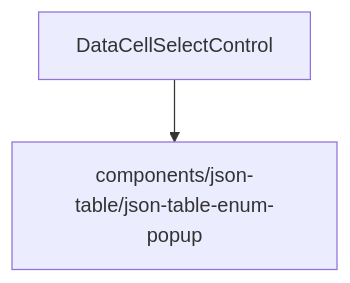
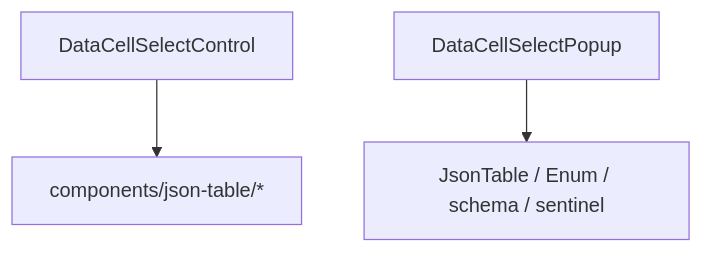
The second of 2 diagrams in design/data-cell-select-primitive-ownership-blueprint.md (retab-dev/retab-ui), drawn with Mermaid before and after one commit. The commit also changed other lines of this file and 39 other files, not shown here.

````diff
--- a/design/data-cell-select-primitive-ownership-blueprint.md
+++ b/design/data-cell-select-primitive-ownership-blueprint.md
@@ -71,4 +51,5 @@
 ```mermaid
 flowchart TD
-  A["DataCellSelectControl"] --> B["components/json-table/json-table-enum-popup"]
+  A["DataCellSelectControl"] --> B["components/json-table/*"]
+  C["DataCellSelectPopup"] --> D["JsonTable / Enum / schema / sentinel"]
 ```
````
